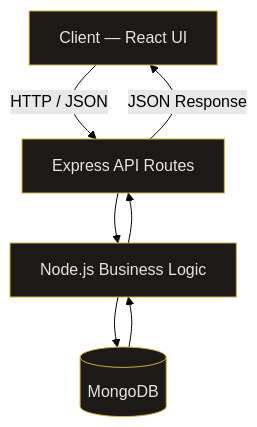
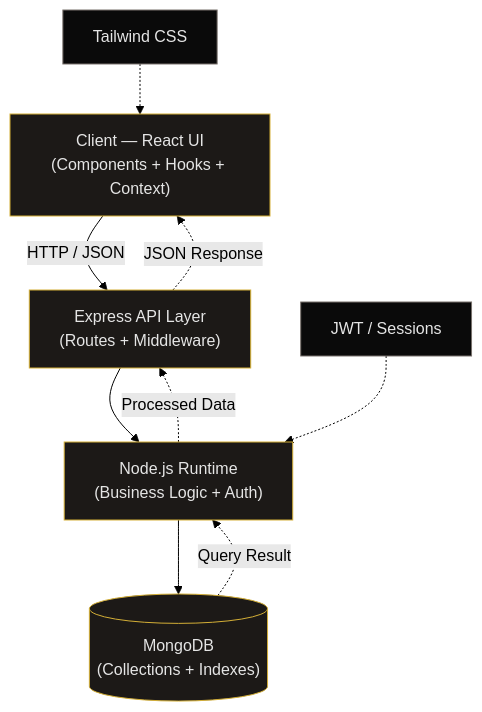
The third of 11 diagrams in README.md (Faizan-khan144/Faizan-khan144), drawn with Mermaid (forest theme) before and after one commit. The commit also changed other lines of this file, not shown here.

````diff
--- a/README.md
+++ b/README.md
@@ -108,14 +141,18 @@
 ```mermaid
 flowchart TD
-    A[Client — React UI] -->|HTTP / JSON| B[Express API Routes]
-    B --> C[Node.js Business Logic]
-    C --> D[(MongoDB)]
-    D --> C
-    C --> B
-    B -->|JSON Response| A
+    A["Client — React UI<br/>(Components + Hooks + Context)"] -->|HTTP / JSON| B["Express API Layer<br/>(Routes + Middleware)"]
+    B --> C["Node.js Runtime<br/>(Business Logic + Auth)"]
+    C --> D[("MongoDB<br/>(Collections + Indexes)")]
+    D -.->|Query Result| C
+    C -.->|Processed Data| B
+    B -.->|JSON Response| A
+    E["Tailwind CSS"] -.-> A
+    F["JWT / Sessions"] -.-> C
 
     style A fill:#1c1917,stroke:#d4af37,color:#e5e5e5
     style B fill:#1c1917,stroke:#d4af37,color:#e5e5e5
     style C fill:#1c1917,stroke:#d4af37,color:#e5e5e5
     style D fill:#1c1917,stroke:#d4af37,color:#e5e5e5
+    style E fill:#0a0a0a,stroke:#78716c,color:#e5e5e5
+    style F fill:#0a0a0a,stroke:#78716c,color:#e5e5e5
 ```
````
